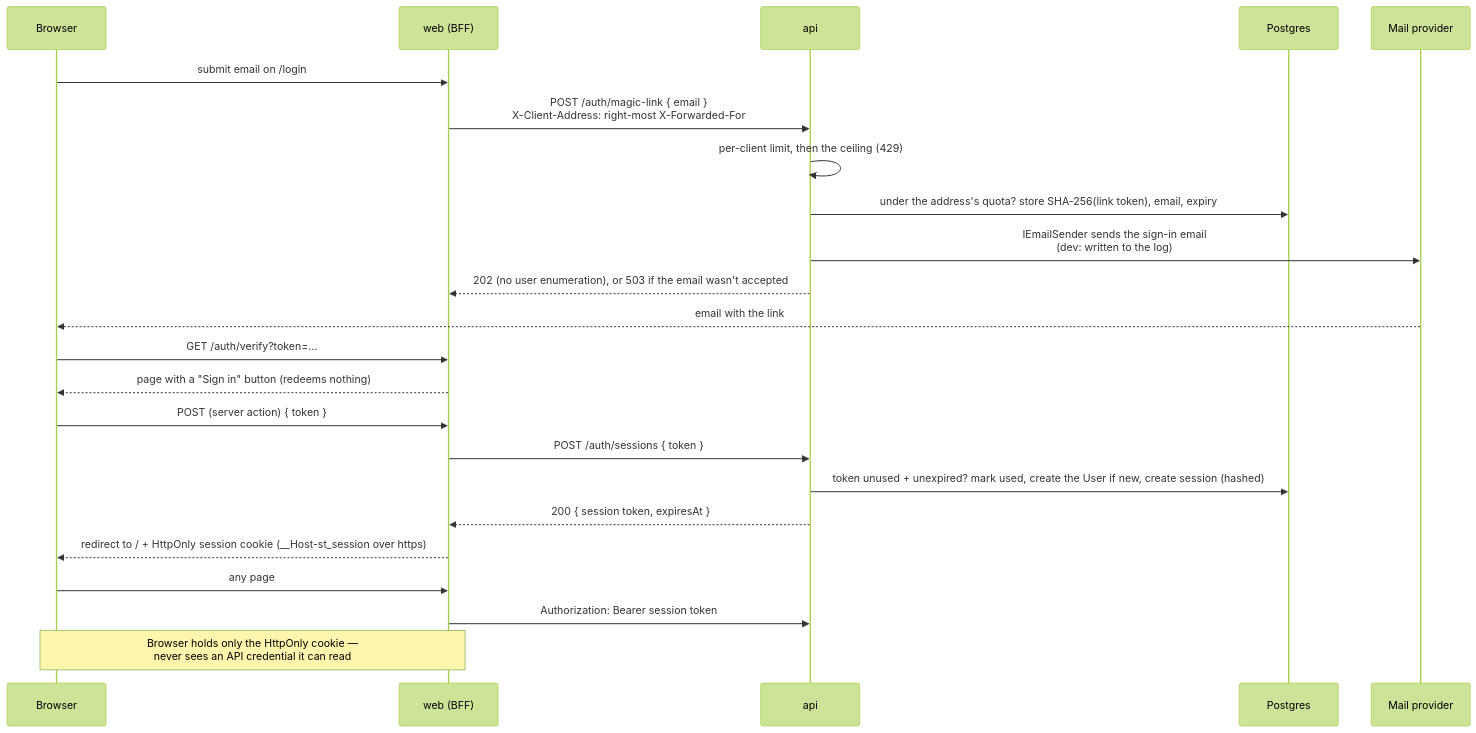
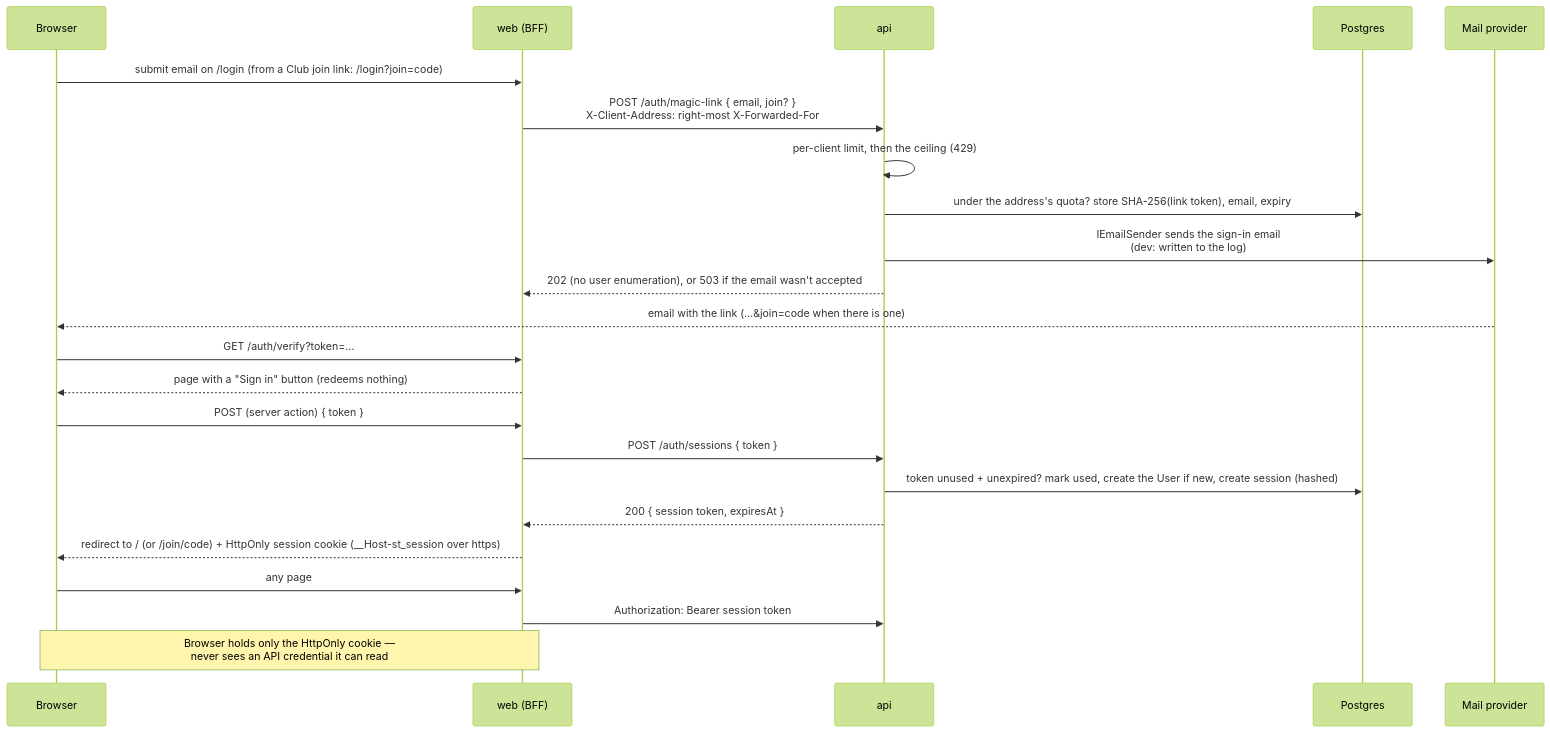
The third of 12 diagrams in docs/architecture.md (l1em1on1/social-tennis), drawn with Mermaid (forest theme) before and after one commit. The commit also changed other lines of this file and 51 other files, not shown here.

First line of the commit message:
Club join link: ask to join through a shared link; Home without the Clubs card (#222) (#223)

````diff
--- a/docs/architecture.md
+++ b/docs/architecture.md
@@ -52,26 +52,26 @@
 ```mermaid
 sequenceDiagram
     participant B as Browser
     participant W as web (BFF)
     participant A as api
     participant P as Postgres
     participant M as Mail provider
 
-    B->>W: submit email on /login
-    W->>A: POST /auth/magic-link { email }<br/>X-Client-Address: right-most X-Forwarded-For
+    B->>W: submit email on /login (from a Club join link: /login?join=code)
+    W->>A: POST /auth/magic-link { email, join? }<br/>X-Client-Address: right-most X-Forwarded-For
     A->>A: per-client limit, then the ceiling (429)
     A->>P: under the address's quota? store SHA-256(link token), email, expiry
     A->>M: IEmailSender sends the sign-in email<br/>(dev: written to the log)
     A-->>W: 202 (no user enumeration), or 503 if the email wasn't accepted
-    M-->>B: email with the link
+    M-->>B: email with the link (…&join=code when there is one)
     B->>W: GET /auth/verify?token=…
     W-->>B: page with a "Sign in" button (redeems nothing)
     B->>W: POST (server action) { token }
     W->>A: POST /auth/sessions { token }
     A->>P: token unused + unexpired? mark used, create the User if new, create session (hashed)
     A-->>W: 200 { session token, expiresAt }
-    W-->>B: redirect to / + HttpOnly session cookie (__Host-st_session over https)
+    W-->>B: redirect to / (or /join/code) + HttpOnly session cookie (__Host-st_session over https)
     B->>W: any page
     W->>A: Authorization: Bearer session token
     Note over B,W: Browser holds only the HttpOnly cookie —<br/>never sees an API credential it can read
 ```
````
